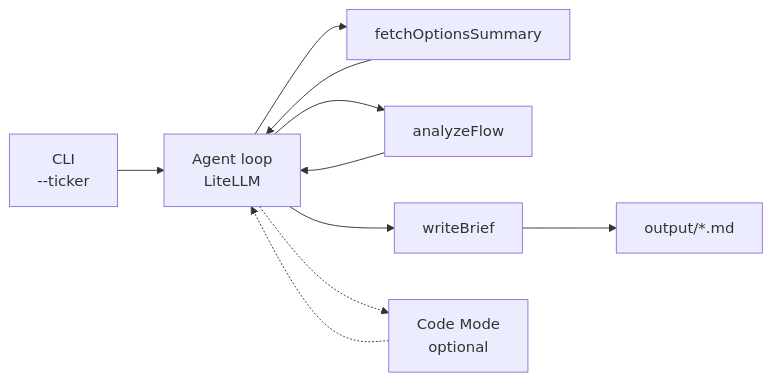
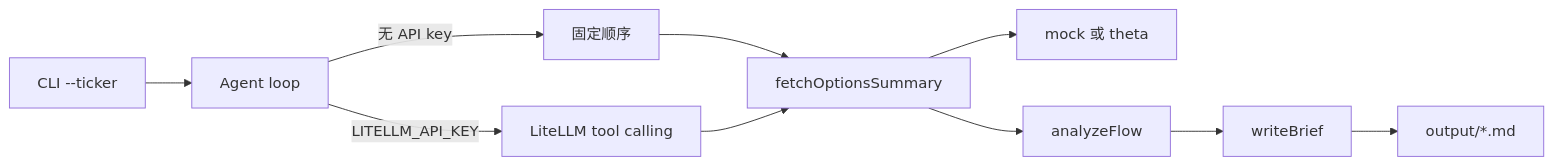
Before and after one commit to Steadylove/options-flow-agent: the diagram in README.md, drawn with Mermaid. The commit also changed other lines of this file and 22 other files, not shown here.

First line of the commit message:
feat: TypeScript Week1 MVP with MockProvider and ThetaProvider skeleton (#2)

````diff
--- a/README.md
+++ b/README.md
@@ -37,12 +42,12 @@
 ```mermaid
 flowchart LR
-  CLI["CLI<br/>--ticker"] --> Loop["Agent loop<br/>LiteLLM"]
-  Loop --> Fetch["fetchOptionsSummary"]
-  Loop --> Analyze["analyzeFlow"]
-  Loop --> Write["writeBrief"]
-  Loop -.-> Code["Code Mode<br/>optional"]
-  Fetch --> Loop
-  Analyze --> Loop
-  Code -.-> Loop
+  CLI["CLI --ticker"] --> Loop["Agent loop"]
+  Loop -->|无 API key| Det["固定顺序"]
+  Loop -->|LITELLM_API_KEY| LLM["LiteLLM tool calling"]
+  Det --> Fetch["fetchOptionsSummary"]
+  LLM --> Fetch
+  Fetch --> Provider["mock 或 theta"]
+  Fetch --> Analyze["analyzeFlow"]
+  Analyze --> Write["writeBrief"]
   Write --> MD["output/*.md"]
 ```
````
